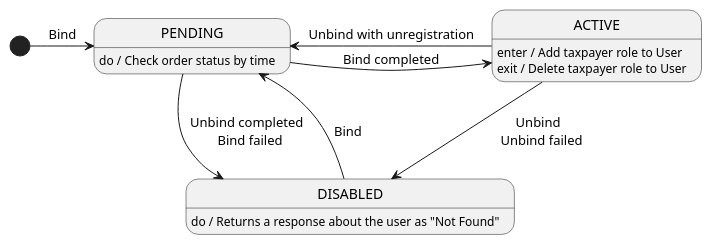
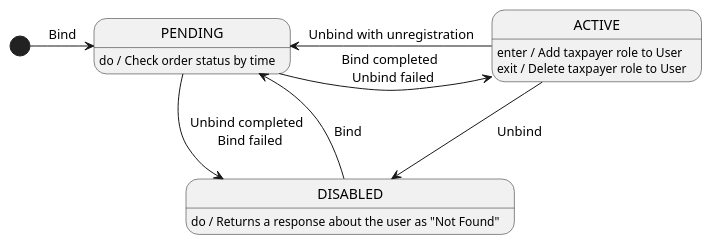
One commit to RaikBitters/ibank-internal-services changed the first of 2 diagrams in diagrams/self-employed-service/state.puml. Above: the diagram before and after it, drawn with PlantUML.

Commit message:
Patched state diagram.

```diff
--- a/diagrams/self-employed-service/state.puml
+++ b/diagrams/self-employed-service/state.puml
@@ -1,20 +1,20 @@
 @startuml self-employer-state
 
 [*] -> PENDING: Bind
 
-PENDING -> ACTIVE: Bind completed
+PENDING -> ACTIVE: Bind completed \n Unbind failed
 ACTIVE -> PENDING: Unbind with unregistration
 
 PENDING -> DISABLED: Unbind completed \n Bind failed
 DISABLED --> PENDING: Bind
 
-ACTIVE -> DISABLED: Unbind \n Unbind failed
+ACTIVE -> DISABLED: Unbind
 
 PENDING: do / Check order status by time
 
 ACTIVE: enter / Add taxpayer role to User
 ACTIVE: exit / Delete taxpayer role to User
 
 DISABLED: do / Returns a response about the user as "Not Found"
 
 @enduml
```
